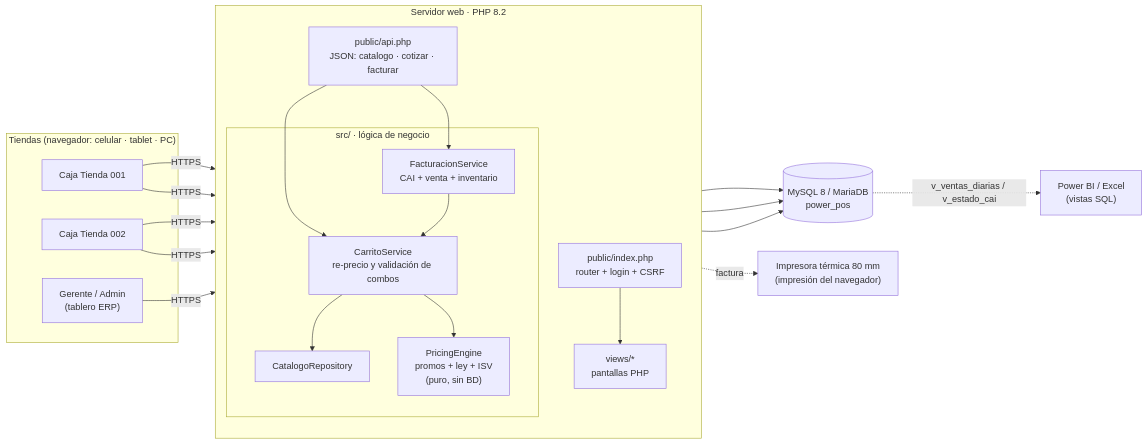
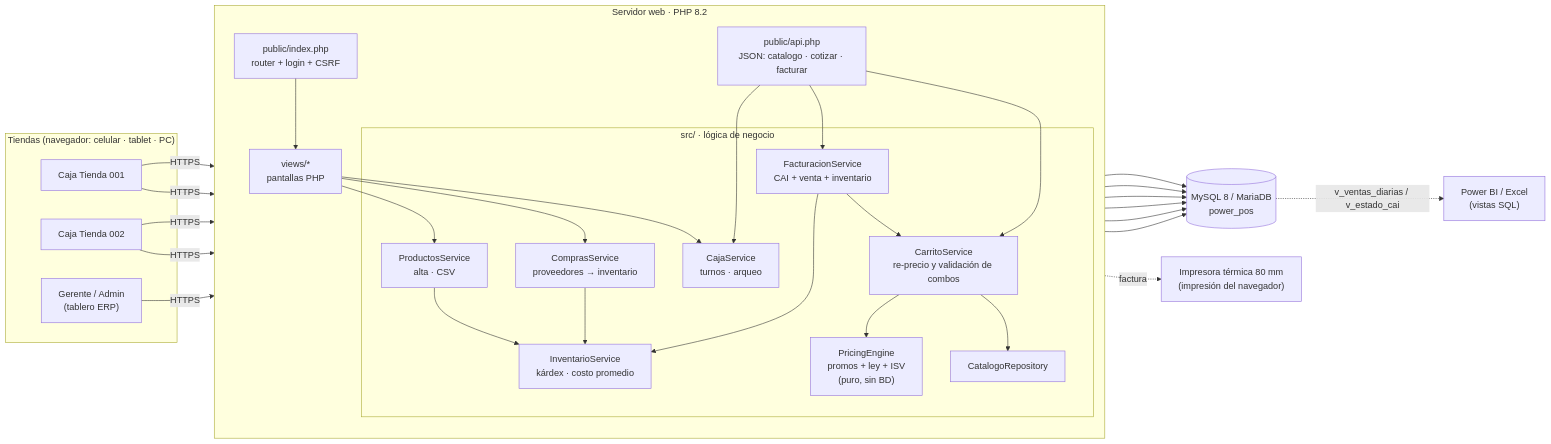
Before and after one commit to elbayoy1986/Power: the first of 9 diagrams in docs/ARQUITECTURA.md, drawn with Mermaid. The commit also changed other lines of this file and 34 other files, not shown here.

First line of the commit message:
Caja con apertura y cierre, compras e inventario, y carga de productos

````diff
--- a/docs/ARQUITECTURA.md
+++ b/docs/ARQUITECTURA.md
@@ -12,35 +12,44 @@
 ```mermaid
 flowchart LR
     subgraph Tiendas["Tiendas (navegador: celular · tablet · PC)"]
         C1["Caja Tienda 001"]
         C2["Caja Tienda 002"]
         G["Gerente / Admin<br/>(tablero ERP)"]
     end
 
     subgraph Servidor["Servidor web · PHP 8.2"]
         direction TB
         R["public/index.php<br/>router + login + CSRF"]
         API["public/api.php<br/>JSON: catalogo · cotizar · facturar"]
         V["views/*<br/>pantallas PHP"]
         subgraph Dominio["src/ · lógica de negocio"]
             CS["CarritoService<br/>re-precio y validación de combos"]
             PE["PricingEngine<br/>promos + ley + ISV<br/>(puro, sin BD)"]
             FS["FacturacionService<br/>CAI + venta + inventario"]
             CR["CatalogoRepository"]
+            CJ["CajaService<br/>turnos · arqueo"]
+            INV["InventarioService<br/>kárdex · costo promedio"]
+            CP["ComprasService<br/>proveedores → inventario"]
+            PS["ProductosService<br/>alta · CSV"]
         end
     end
 
     DB[("MySQL 8 / MariaDB<br/>power_pos")]
     IMP["Impresora térmica 80 mm<br/>(impresión del navegador)"]
     BI["Power BI / Excel<br/>(vistas SQL)"]
 
     C1 & C2 -- HTTPS --> R & API
     G -- HTTPS --> R
     R --> V
     API --> CS --> CR
     CS --> PE
     API --> FS --> CS
-    CR & FS & V --> DB
+    API --> CJ
+    FS --> INV
+    V --> CJ & CP & PS
+    CP --> INV
+    PS --> INV
+    CR & FS & V & CJ & INV & CP --> DB
     V -. factura .-> IMP
     DB -. v_ventas_diarias / v_estado_cai .-> BI
 ```
````
